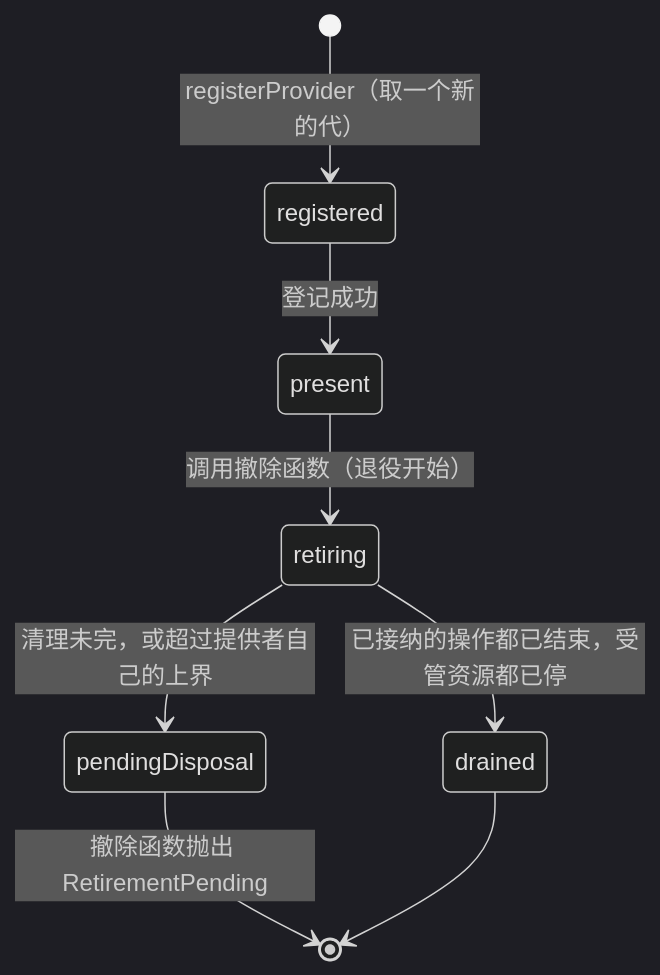
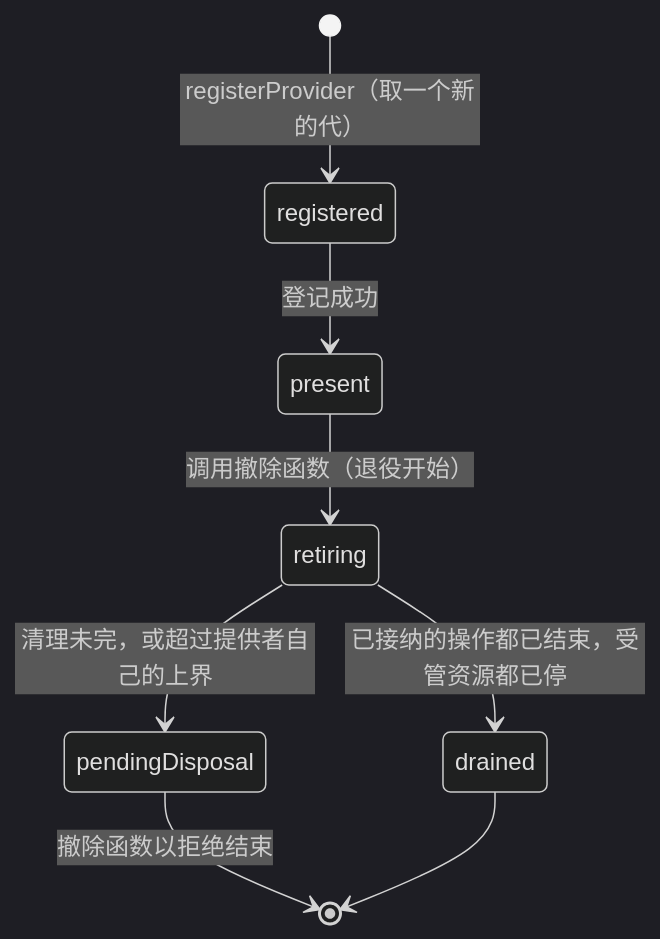
The fifth of 5 diagrams in packages/execution/execution-environment-contract/docs/object-model.md (nemori-ai/omne-harness-lite), drawn with Mermaid (dark theme) before and after one commit. The commit also changed other lines of this file and 45 other files, not shown here.

````diff
--- a/packages/execution/execution-environment-contract/docs/object-model.md
+++ b/packages/execution/execution-environment-contract/docs/object-model.md
@@ -277,10 +277,10 @@
 ```mermaid
 stateDiagram-v2
   [*] --> registered : registerProvider（取一个新的代）
   registered --> present : 登记成功
   present --> retiring : 调用撤除函数（退役开始）
   retiring --> drained : 已接纳的操作都已结束，受管资源都已停
   retiring --> pendingDisposal : 清理未完，或超过提供者自己的上界
-  pendingDisposal --> [*] : 撤除函数抛出 RetirementPending
+  pendingDisposal --> [*] : 撤除函数以拒绝结束
   drained --> [*]
 ```
````
